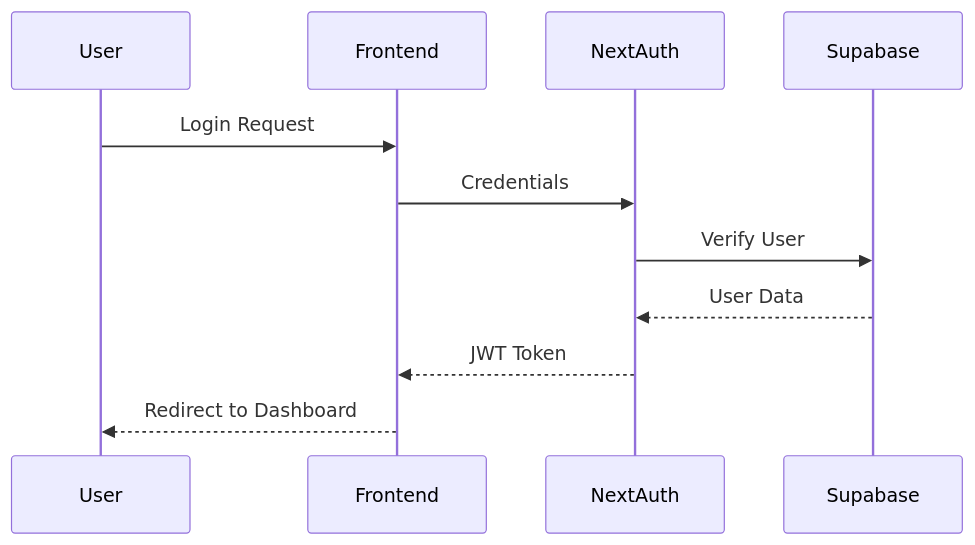
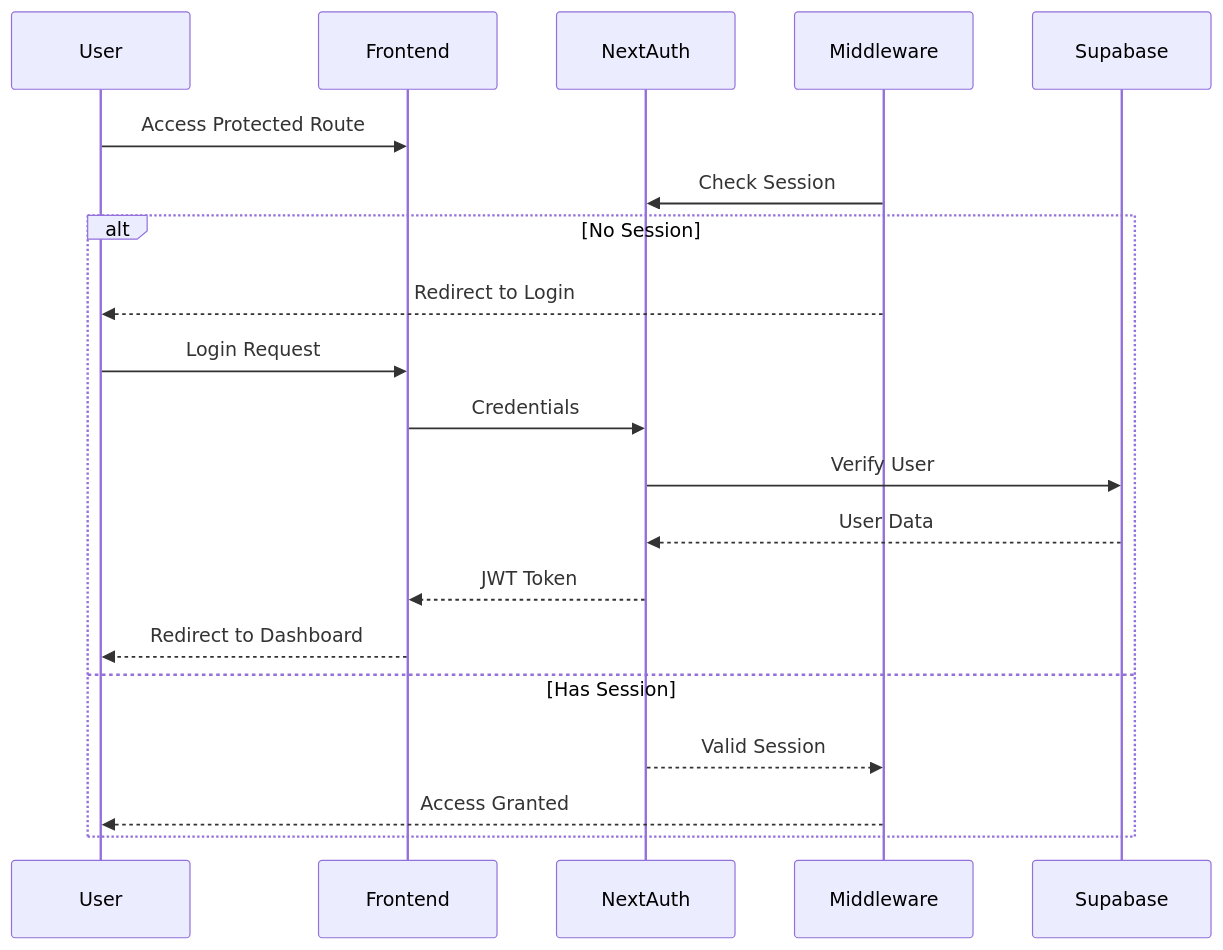
Before and after one commit to Shuggster/BonCRM: the diagram in Documentation/1-system-architecture/AUTHENTICATION.md, drawn with Mermaid. The commit also changed other lines of this file, not shown here.

````diff
--- a/Documentation/1-system-architecture/AUTHENTICATION.md
+++ b/Documentation/1-system-architecture/AUTHENTICATION.md
@@ -9,14 +9,23 @@
 ```mermaid
 sequenceDiagram
     participant User
     participant Frontend
     participant NextAuth
+    participant Middleware
     participant Supabase
     
-    User->>Frontend: Login Request
-    Frontend->>NextAuth: Credentials
-    NextAuth->>Supabase: Verify User
-    Supabase-->>NextAuth: User Data
-    NextAuth-->>Frontend: JWT Token
-    Frontend-->>User: Redirect to Dashboard
+    User->>Frontend: Access Protected Route
+    Middleware->>NextAuth: Check Session
+    alt No Session
+        Middleware-->>User: Redirect to Login
+        User->>Frontend: Login Request
+        Frontend->>NextAuth: Credentials
+        NextAuth->>Supabase: Verify User
+        Supabase-->>NextAuth: User Data
+        NextAuth-->>Frontend: JWT Token
+        Frontend-->>User: Redirect to Dashboard
+    else Has Session
+        NextAuth-->>Middleware: Valid Session
+        Middleware-->>User: Access Granted
+    end
 ```
````
